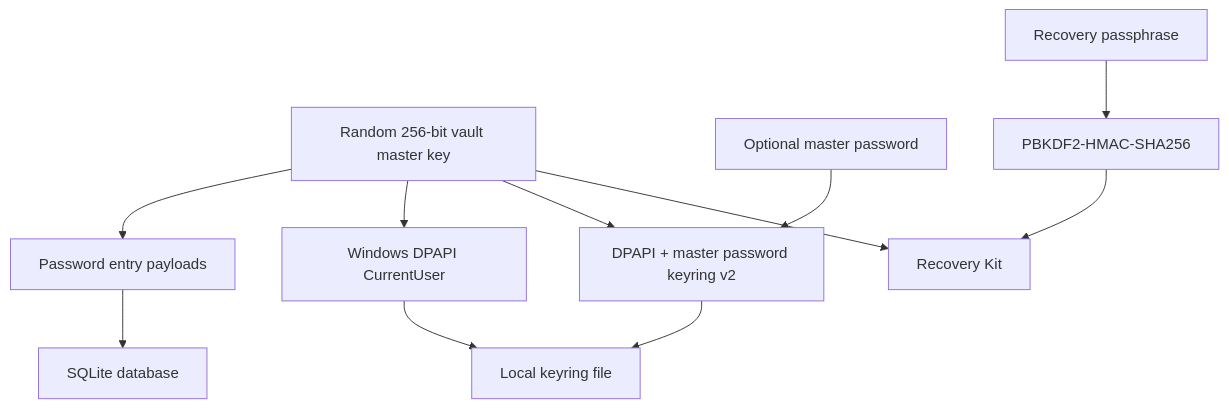
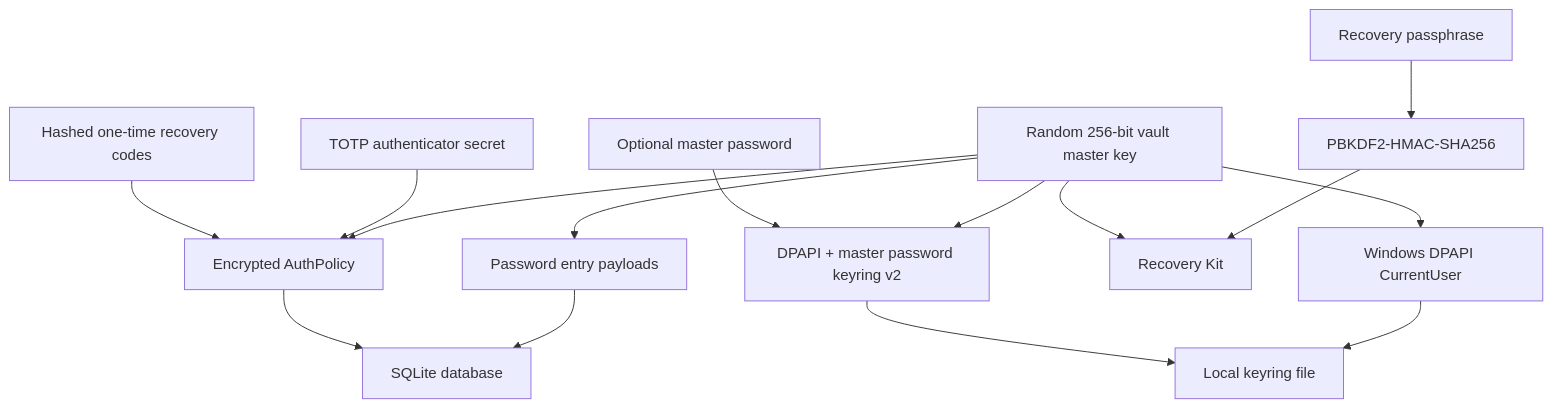
The first of 2 diagrams in .docs/security-model.md (viamus/locker-it), drawn with Mermaid before and after one commit. The commit also changed other lines of this file and 22 other files, not shown here.

Commit message:
Add AuthPolicy TOTP gate

````diff
--- a/.docs/security-model.md
+++ b/.docs/security-model.md
@@ -22,24 +23,31 @@
 ```mermaid
 flowchart TB
     Master["Random 256-bit vault master key"]
     Payload["Password entry payloads"]
     Db["SQLite database"]
     Dpapi["Windows DPAPI CurrentUser"]
     Keyring["Local keyring file"]
     Passphrase["Recovery passphrase"]
     MasterPassword["Optional master password"]
+    AuthPolicy["Encrypted AuthPolicy"]
+    Totp["TOTP authenticator secret"]
+    RecoveryCodes["Hashed one-time recovery codes"]
     Kdf["PBKDF2-HMAC-SHA256"]
     Kit["Recovery Kit"]
     V2Wrap["DPAPI + master password keyring v2"]
 
     Master --> Payload
     Payload --> Db
     Master --> Dpapi
     Dpapi --> Keyring
     Master --> V2Wrap
     MasterPassword --> V2Wrap
     V2Wrap --> Keyring
+    Master --> AuthPolicy
+    Totp --> AuthPolicy
+    RecoveryCodes --> AuthPolicy
+    AuthPolicy --> Db
     Passphrase --> Kdf
     Kdf --> Kit
     Master --> Kit
 ```
````
